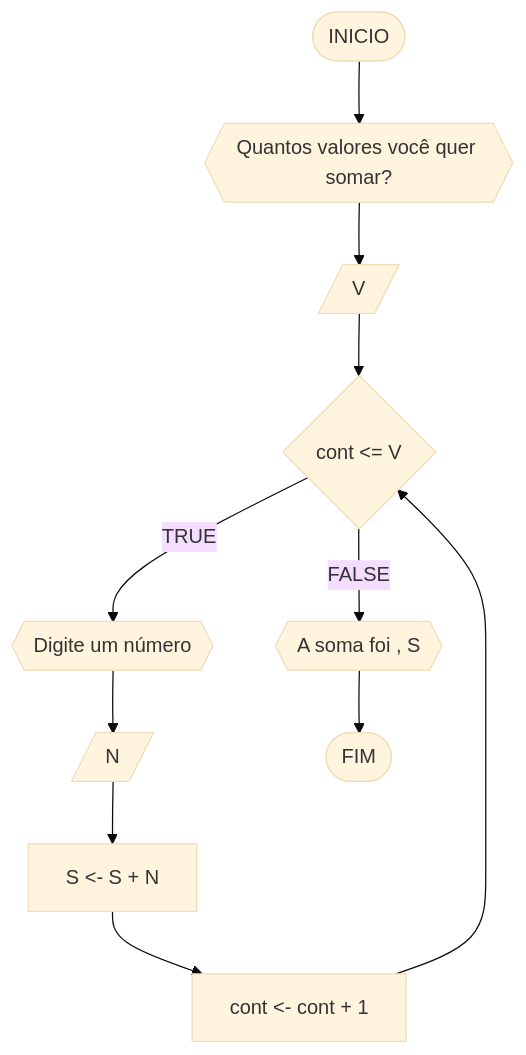
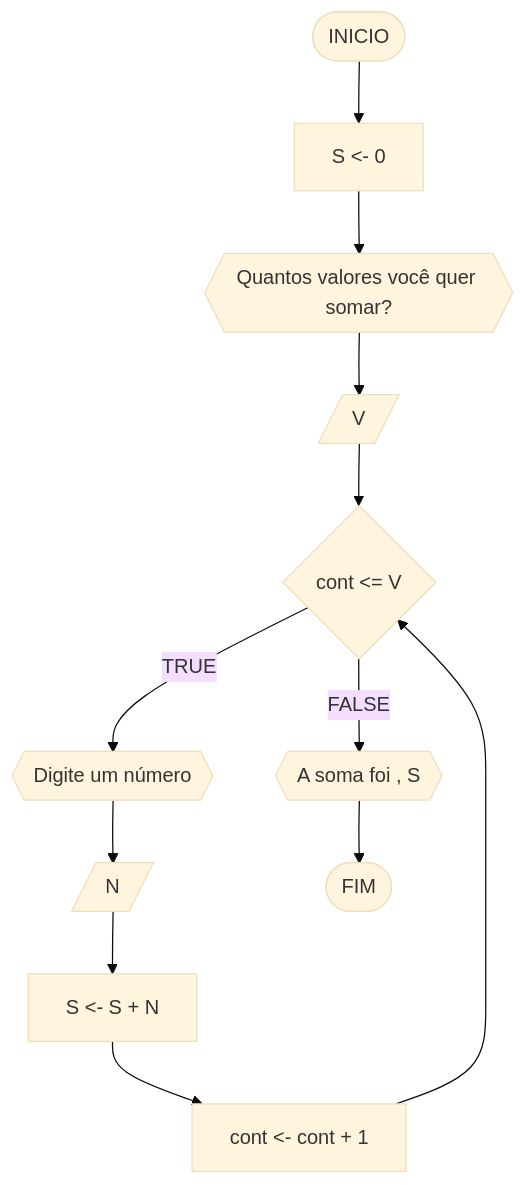
One commit to Gabriel0225/unifor changed the fifth of 6 diagrams in RLA/unidade1/lista3.md. Above: the diagram before and after it, drawn with Mermaid (base theme).

````diff
--- a/RLA/unidade1/lista3.md
+++ b/RLA/unidade1/lista3.md
@@ -184,6 +184,6 @@
 ```mermaid
 flowchart TD
-A([INICIO]) --> B{{"Quantos valores você quer somar? "}} --> C[/V/] --> D{cont <= V} --TRUE--> E{{"Digite um número"}} --> F[/N/]
+A([INICIO]) --> K[S <- 0] --> B{{"Quantos valores você quer somar? "}} --> C[/V/] --> D{cont <= V} --TRUE--> E{{"Digite um número"}} --> F[/N/]
 F --> G[S <- S + N] --> H[cont <- cont + 1] --> D
 D --FALSE--> I{{"A soma foi ", S}} --> J([FIM])
 ```
````
